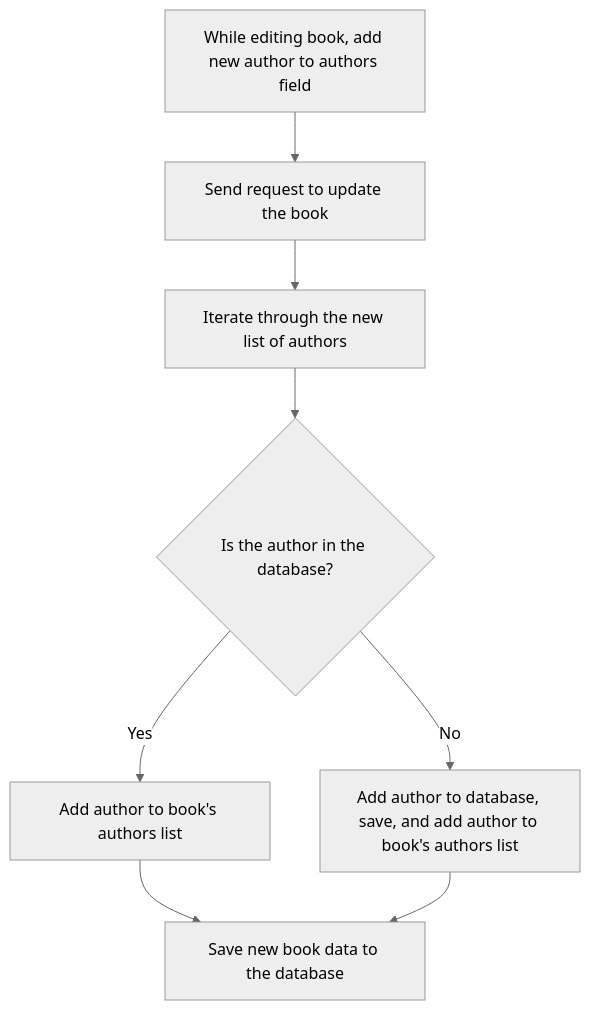
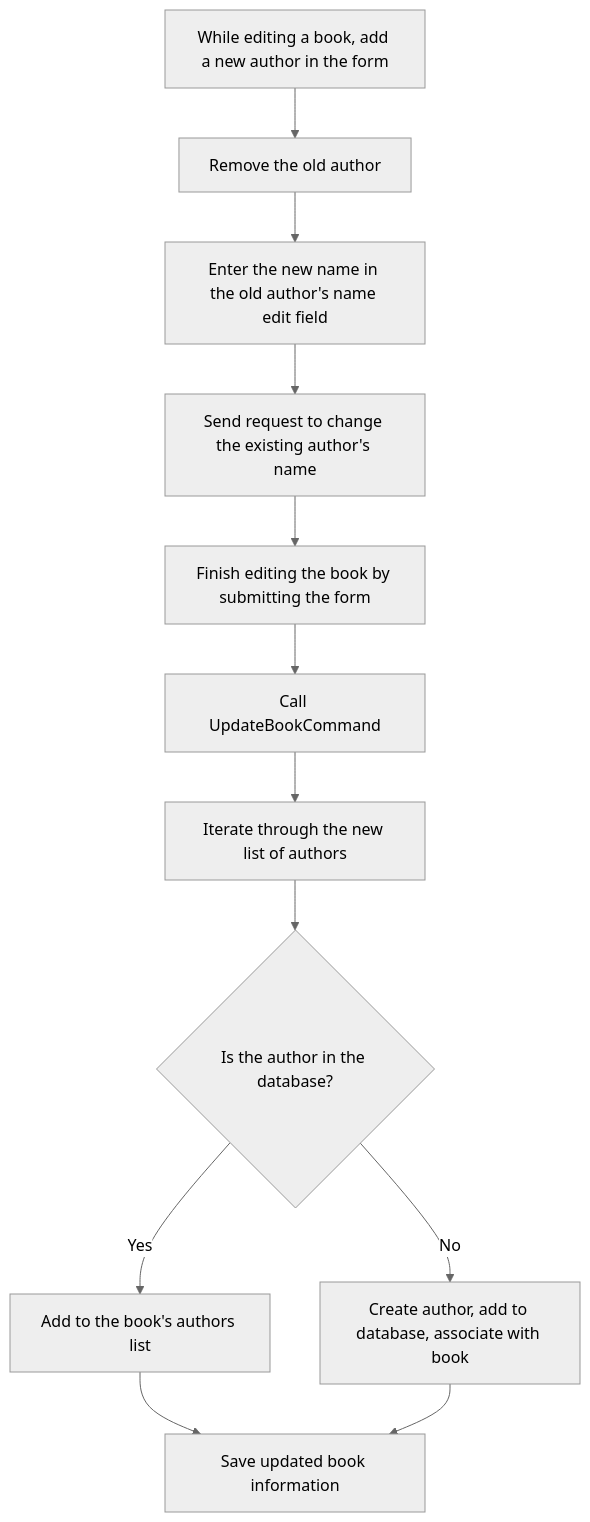
The second of 3 diagrams in flow-charts/Flow Chart from review.md (TourmalineCore/inner-circle-documentation), drawn with Mermaid (neutral theme) before and after one commit. The commit also changed other lines of this file, not shown here.

Commit message:
chore: make diagram more clear

````diff
--- a/flow-charts/Flow Chart from review.md
+++ b/flow-charts/Flow Chart from review.md
@@ -14,10 +14,14 @@
 ```mermaid
 graph TD;
-    H[While editing book, add new author to authors field] --> I[Send request to update the book];
-    I --> J[Iterate through the new list of authors];
-    J --> K{Is the author in the database?};
-    K --> |Yes| L[Add author to book's authors list];
-    K --> |No| M[Add author to database, save, and add author to book's authors list];
-    L --> N[Save new book data to the database];
-    M --> N[Save new book data to the database];
+    A[While editing a book, add a new author in the form] --> B[Remove the old author];
+    B --> C[Enter the new name in the old author's name edit field];
+    C --> D[Send request to change the existing author's name];
+    D --> E[Finish editing the book by submitting the form];
+    E --> F[Call UpdateBookCommand];
+    F --> G[Iterate through the new list of authors];
+    G --> H{Is the author in the database?};
+    H --> |Yes| I[Add to the book's authors list];
+    H --> |No| J[Create author, add to database, associate with book];
+    I --> K[Save updated book information];
+    J --> K[Save updated book information];
 ```
````
